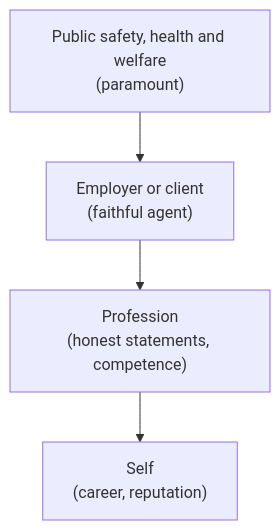
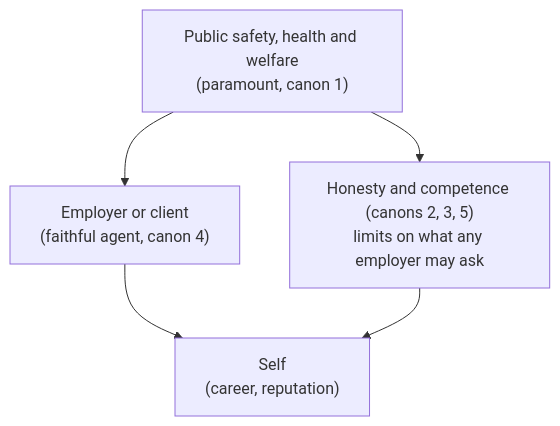
The diagram in courses/26-engineering-design-and-professional-practice/chapters/26-07-engineering-ethics.md (FrankHuang94/EE_database_claude), drawn with Mermaid before and after one commit. The commit also changed other lines of this file and 27 other files, not shown here.

````diff
--- a/courses/26-engineering-design-and-professional-practice/chapters/26-07-engineering-ethics.md
+++ b/courses/26-engineering-design-and-professional-practice/chapters/26-07-engineering-ethics.md
@@ -35,6 +35,7 @@
 ```mermaid
 flowchart TB
-    P["Public safety, health and welfare<br/>(paramount)"] --> E["Employer or client<br/>(faithful agent)"]
-    E --> F["Profession<br/>(honest statements, competence)"]
-    F --> S["Self<br/>(career, reputation)"]
+    P["Public safety, health and welfare<br/>(paramount, canon 1)"] --> E["Employer or client<br/>(faithful agent, canon 4)"]
+    P --> F["Honesty and competence (canons 2, 3, 5)<br/>limits on what any employer may ask"]
+    E --> S["Self<br/>(career, reputation)"]
+    F --> S
 ```
````
